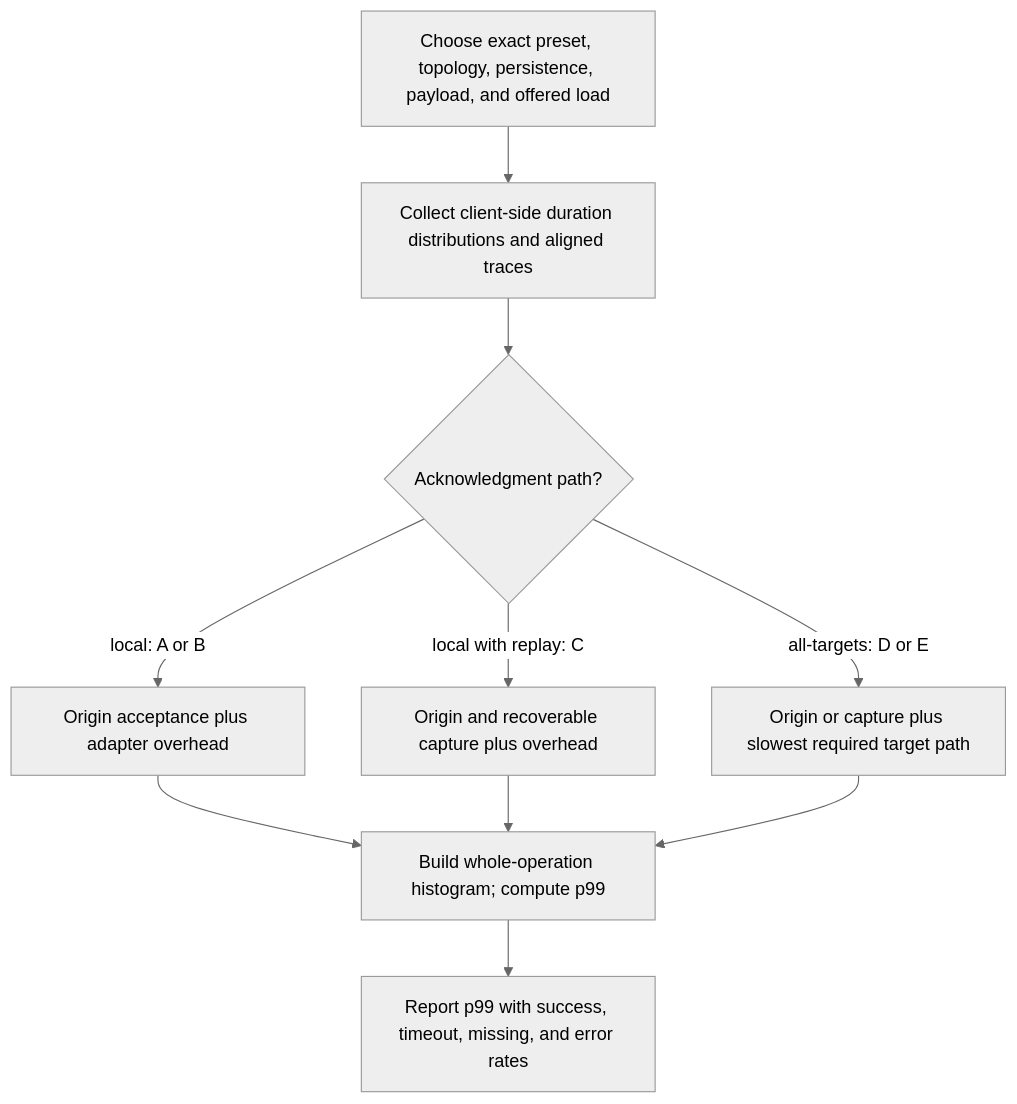
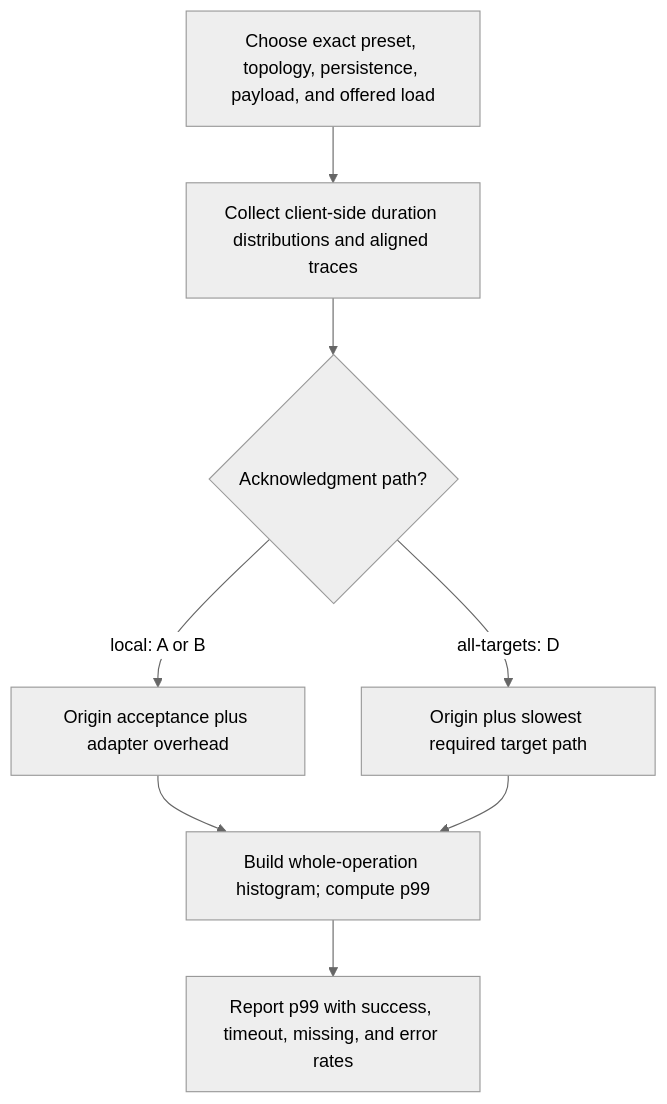
Before and after one commit to alberttwong/redis-multi-region-adapter: the diagram in latency.md, drawn with Mermaid (neutral theme). The commit also changed other lines of this file and 13 other files, not shown here.

````diff
--- a/latency.md
+++ b/latency.md
@@ -44,12 +41,10 @@
 ```mermaid
 flowchart TD
     Config["Choose exact preset, topology, persistence, payload, and offered load"] --> Traces["Collect client-side duration distributions and aligned traces"]
     Traces --> Ack{"Acknowledgment path?"}
     Ack -->|local: A or B| Origin["Origin acceptance plus adapter overhead"]
-    Ack -->|local with replay: C| Capture["Origin and recoverable capture plus overhead"]
-    Ack -->|all-targets: D or E| Targets["Origin or capture plus slowest required target path"]
+    Ack -->|all-targets: D| Targets["Origin plus slowest required target path"]
     Origin --> Histogram["Build whole-operation histogram; compute p99"]
-    Capture --> Histogram
     Targets --> Histogram
     Histogram --> Evidence["Report p99 with success, timeout, missing, and error rates"]
 ```
````
